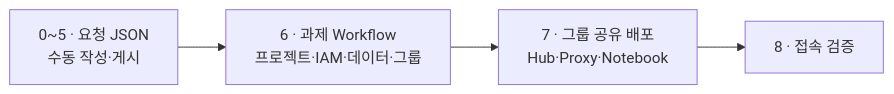
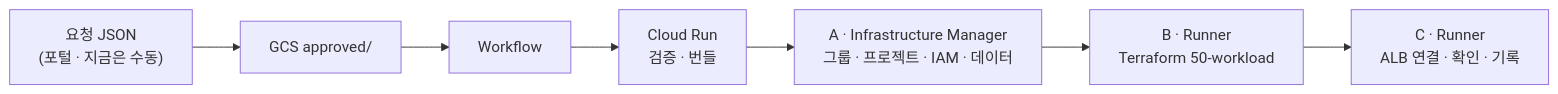
One commit to sonmap/GCP_SBX_Test03 changed the diagram in 03.sandbox_deploy/README.md. Above: the diagram before and after it, drawn with Mermaid. The commit also changed other lines of this file and 65 other files, not shown here.

````diff
--- a/03.sandbox_deploy/README.md
+++ b/03.sandbox_deploy/README.md
@@ -17,6 +5,8 @@
 ```mermaid
 flowchart LR
-    J["0~5 · 요청 JSON<br/>수동 작성·게시"] --> W["6 · 과제 Workflow<br/>프로젝트·IAM·데이터·그룹"]
-    W --> S["7 · 그룹 공유 배포<br/>Hub·Proxy·Notebook"]
-    S --> V["8 · 접속 검증"]
+    J["요청 JSON<br/>(포털 · 지금은 수동)"] --> G["GCS approved/"]
+    G --> W["Workflow"] --> R["Cloud Run<br/>검증 · 번들"]
+    R --> A["A · Infrastructure Manager<br/>그룹 · 프로젝트 · IAM · 데이터"]
+    A --> B["B · Runner<br/>Terraform 50-workload"]
+    B --> C["C · Runner<br/>ALB 연결 · 확인 · 기록"]
 ```
````
